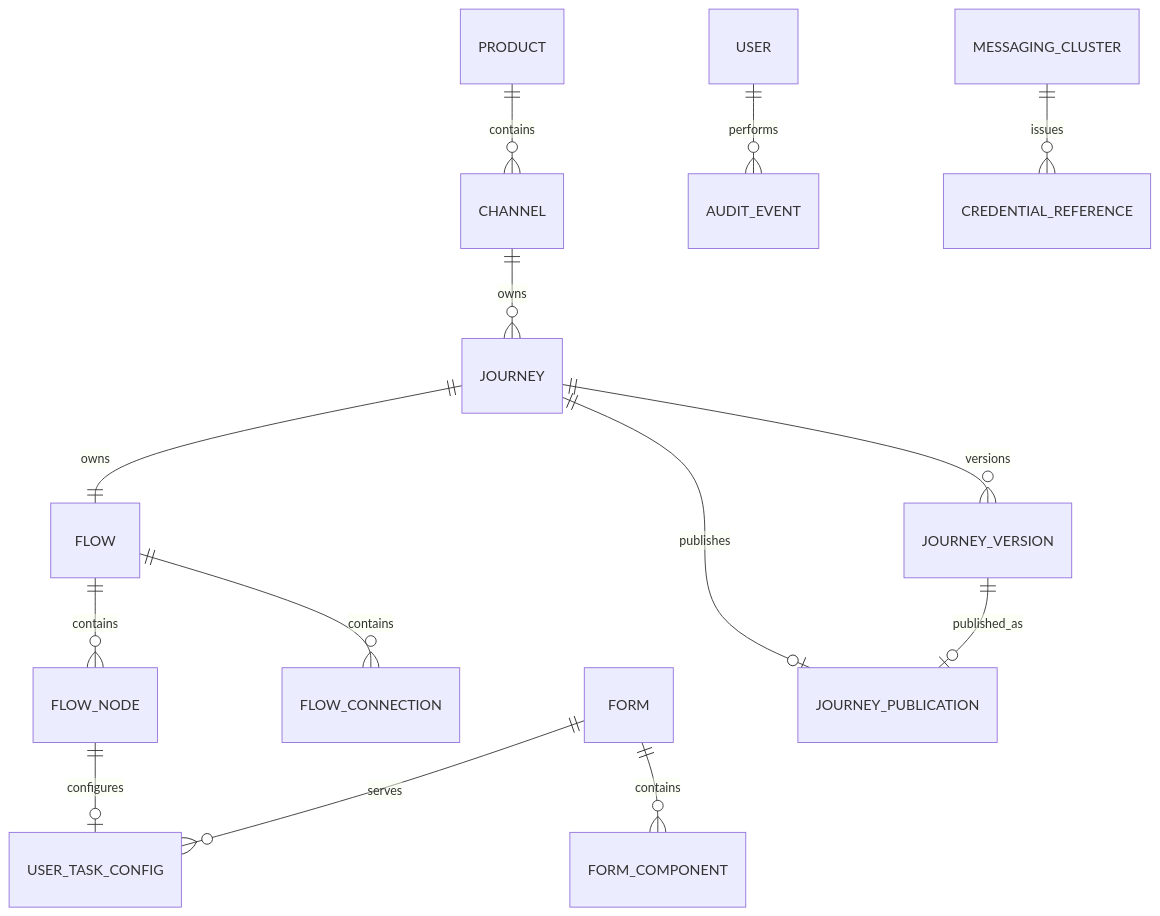
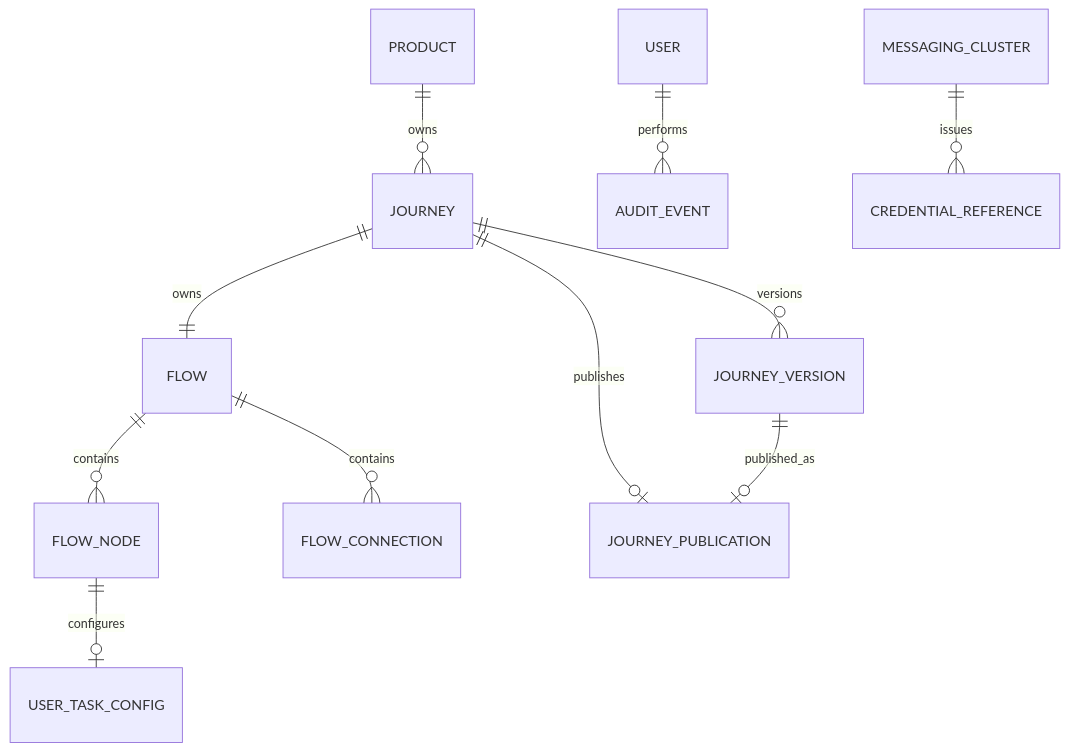
Before and after one commit to hermesnet-git/journey-admin: the diagram in requisitos/admin/ej-admin-modelo-dados-fisico.md, drawn with Mermaid. The commit also changed other lines of this file and 230 other files, not shown here.

````diff
--- a/requisitos/admin/ej-admin-modelo-dados-fisico.md
+++ b/requisitos/admin/ej-admin-modelo-dados-fisico.md
@@ -586,20 +628,17 @@
 ```mermaid
 erDiagram
-    PRODUCT ||--o{ CHANNEL : contains
-    CHANNEL ||--o{ JOURNEY : owns
+    PRODUCT ||--o{ JOURNEY : owns
 
     JOURNEY ||--|| FLOW : owns
     FLOW ||--o{ FLOW_NODE : contains
     FLOW ||--o{ FLOW_CONNECTION : contains
 
     FLOW_NODE ||--o| USER_TASK_CONFIG : configures
-    FORM ||--o{ USER_TASK_CONFIG : serves
-    FORM ||--o{ FORM_COMPONENT : contains
 
     JOURNEY ||--o| JOURNEY_PUBLICATION : publishes
     JOURNEY ||--o{ JOURNEY_VERSION : versions
     JOURNEY_VERSION ||--o| JOURNEY_PUBLICATION : published_as
     USER ||--o{ AUDIT_EVENT : performs
 
     MESSAGING_CLUSTER ||--o{ CREDENTIAL_REFERENCE : issues
 ```
````
